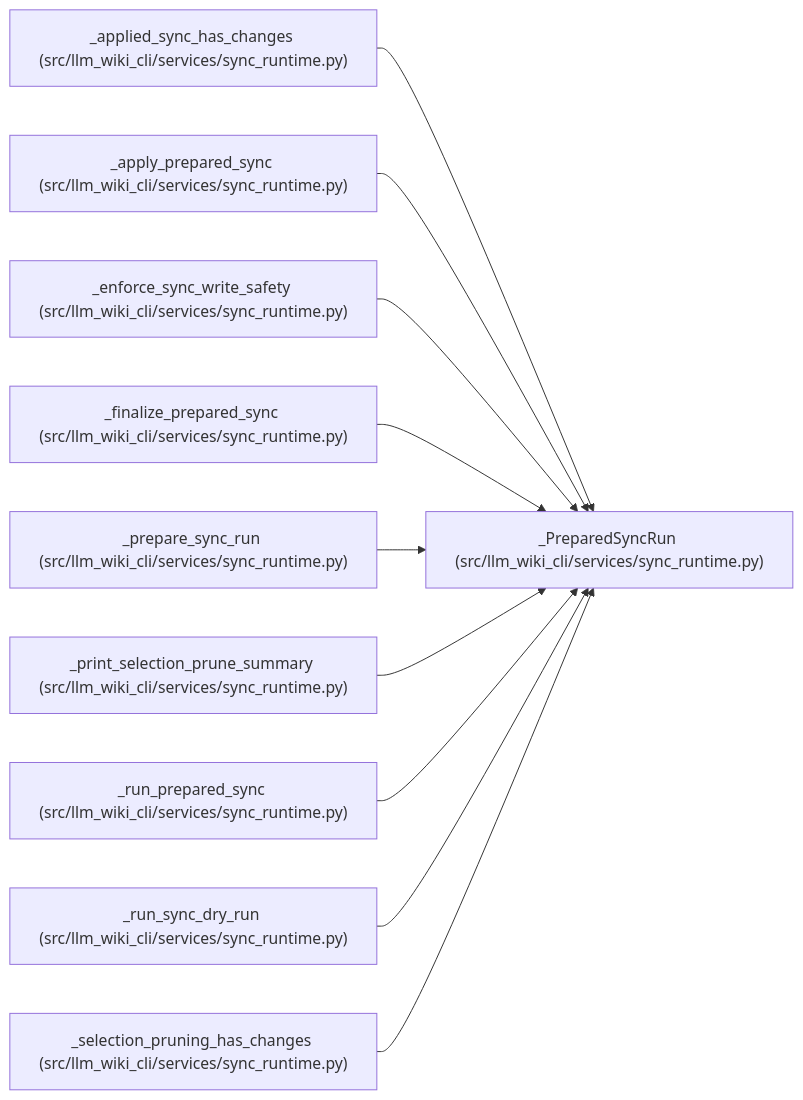
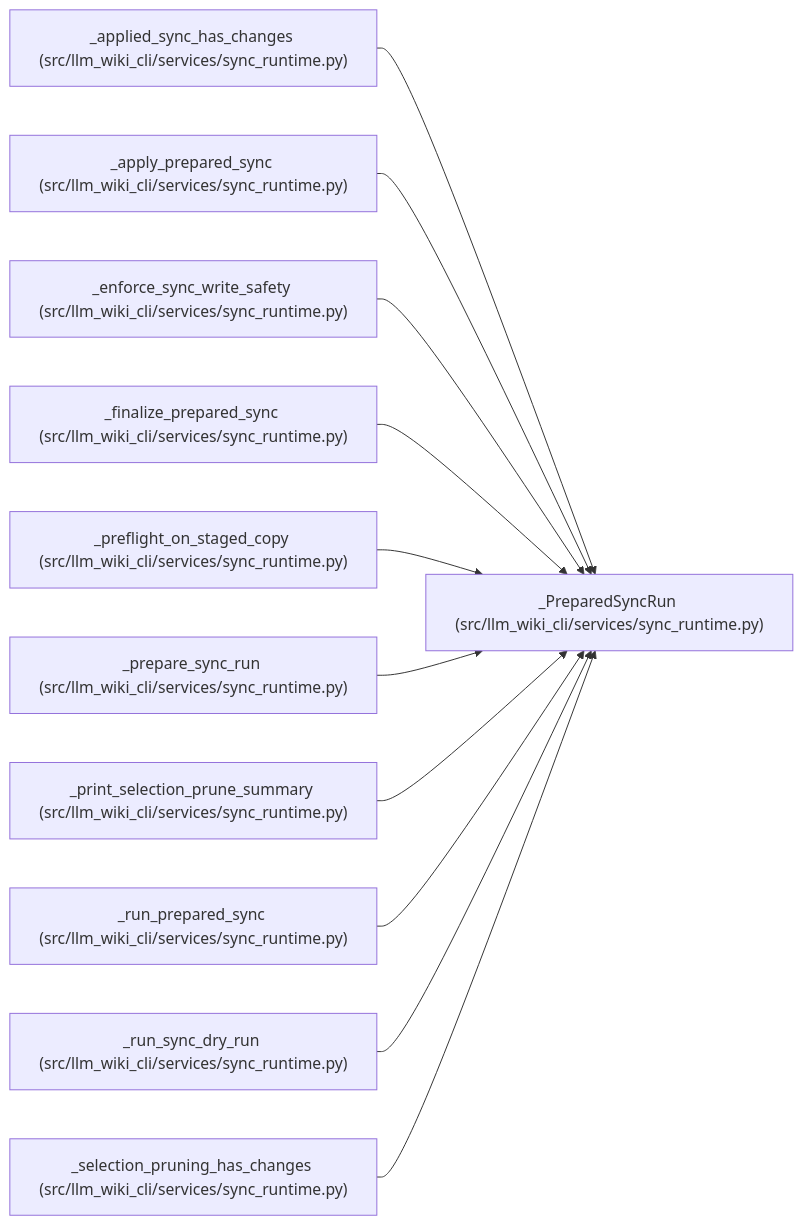
One commit to Denissvgn/python-wiki-llm changed the diagram in docs/llm_wiki/entities/PreparedSyncRun.md. Above: the diagram before and after it, drawn with Mermaid. The commit also changed other lines of this file and 522 other files, not shown here.

Commit message:
docs: refresh the wiki for adopted dry-run planning

````diff
--- a/docs/llm_wiki/entities/PreparedSyncRun.md
+++ b/docs/llm_wiki/entities/PreparedSyncRun.md
@@ -77,32 +77,35 @@
 ```mermaid
 flowchart LR
     n0["_PreparedSyncRun (src/llm_wiki_cli/services/sync_runtime.py)"]
     n1["_applied_sync_has_changes (src/llm_wiki_cli/services/sync_runtime.py)"]
     n2["_apply_prepared_sync (src/llm_wiki_cli/services/sync_runtime.py)"]
     n3["_enforce_sync_write_safety (src/llm_wiki_cli/services/sync_runtime.py)"]
     n4["_finalize_prepared_sync (src/llm_wiki_cli/services/sync_runtime.py)"]
-    n5["_prepare_sync_run (src/llm_wiki_cli/services/sync_runtime.py)"]
-    n6["_print_selection_prune_summary (src/llm_wiki_cli/services/sync_runtime.py)"]
-    n7["_run_prepared_sync (src/llm_wiki_cli/services/sync_runtime.py)"]
-    n8["_run_sync_dry_run (src/llm_wiki_cli/services/sync_runtime.py)"]
-    n9["_selection_pruning_has_changes (src/llm_wiki_cli/services/sync_runtime.py)"]
+    n5["_preflight_on_staged_copy (src/llm_wiki_cli/services/sync_runtime.py)"]
+    n6["_prepare_sync_run (src/llm_wiki_cli/services/sync_runtime.py)"]
+    n7["_print_selection_prune_summary (src/llm_wiki_cli/services/sync_runtime.py)"]
+    n8["_run_prepared_sync (src/llm_wiki_cli/services/sync_runtime.py)"]
+    n9["_run_sync_dry_run (src/llm_wiki_cli/services/sync_runtime.py)"]
+    n10["_selection_pruning_has_changes (src/llm_wiki_cli/services/sync_runtime.py)"]
     n1 --> n0
     n2 --> n0
     n3 --> n0
     n4 --> n0
     n5 --> n0
     n6 --> n0
     n7 --> n0
     n8 --> n0
     n9 --> n0
+    n10 --> n0
     click n0 "../modules/sync_runtime.md"
     click n1 "../modules/sync_runtime.md"
     click n2 "../modules/sync_runtime.md"
     click n3 "../modules/sync_runtime.md"
     click n4 "../modules/sync_runtime.md"
     click n5 "../modules/sync_runtime.md"
     click n6 "../modules/sync_runtime.md"
     click n7 "../modules/sync_runtime.md"
     click n8 "../modules/sync_runtime.md"
     click n9 "../modules/sync_runtime.md"
+    click n10 "../modules/sync_runtime.md"
 ```
````
